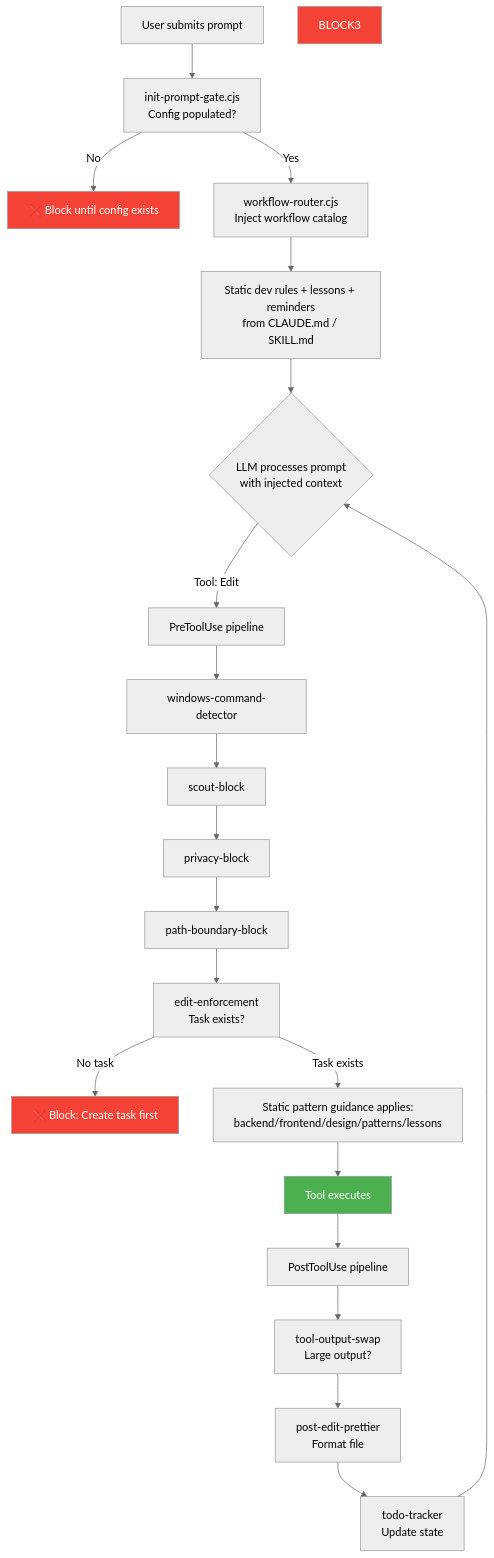
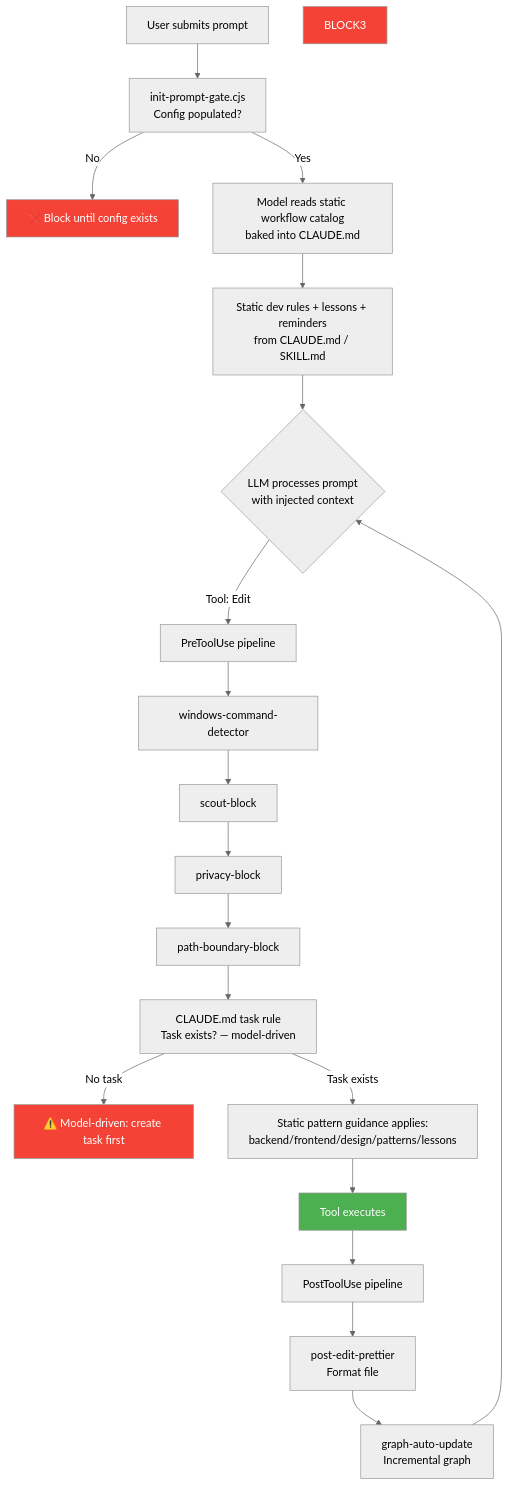
Before and after one commit to duc01226/easy-claude: diagram 20 of 20 in .claude/docs/claude-ai-agent-framework-guide.md, drawn with Mermaid (neutral theme). The commit also changed other lines of this file and 327 other files, not shown here.

````diff
--- a/.claude/docs/claude-ai-agent-framework-guide.md
+++ b/.claude/docs/claude-ai-agent-framework-guide.md
@@ -3397,31 +3376,30 @@
 ```mermaid
 flowchart TB
     A[User submits prompt] --> B[init-prompt-gate.cjs<br/>Config populated?]
     B -->|No| BLOCK1[❌ Block until config exists]
-    B -->|Yes| C[workflow-router.cjs<br/>Inject workflow catalog]
+    B -->|Yes| C[Model reads static workflow catalog<br/>baked into CLAUDE.md]
     C --> D[Static dev rules + lessons + reminders<br/>from CLAUDE.md / SKILL.md]
 
     D --> H{LLM processes prompt<br/>with injected context}
 
     H -->|Tool: Edit| I[PreToolUse pipeline]
     I --> I1[windows-command-detector]
     I1 --> I2[scout-block]
     I2 --> I3[privacy-block]
     I3 --> I4[path-boundary-block]
-    I4 --> I5[edit-enforcement<br/>Task exists?]
-    I5 -->|No task| BLOCK2[❌ Block: Create task first]
+    I4 --> I5[CLAUDE.md task rule<br/>Task exists? — model-driven]
+    I5 -->|No task| BLOCK2[⚠️ Model-driven: create task first]
     I5 -->|Task exists| I7[Static pattern guidance applies:<br/>backend/frontend/design/patterns/lessons]
     I7 --> EXEC[Tool executes]
 
     EXEC --> J[PostToolUse pipeline]
-    J --> J1[tool-output-swap<br/>Large output?]
-    J1 --> J2[post-edit-prettier<br/>Format file]
-    J2 --> J3[todo-tracker<br/>Update state]
+    J --> J2[post-edit-prettier<br/>Format file]
+    J2 --> J4[graph-auto-update<br/>Incremental graph]
 
-    J3 --> H
+    J4 --> H
 
     style BLOCK1 fill:#f44336,color:white
     style BLOCK2 fill:#f44336,color:white
     style BLOCK3 fill:#f44336,color:white
     style EXEC fill:#4CAF50,color:white
 ```
````
